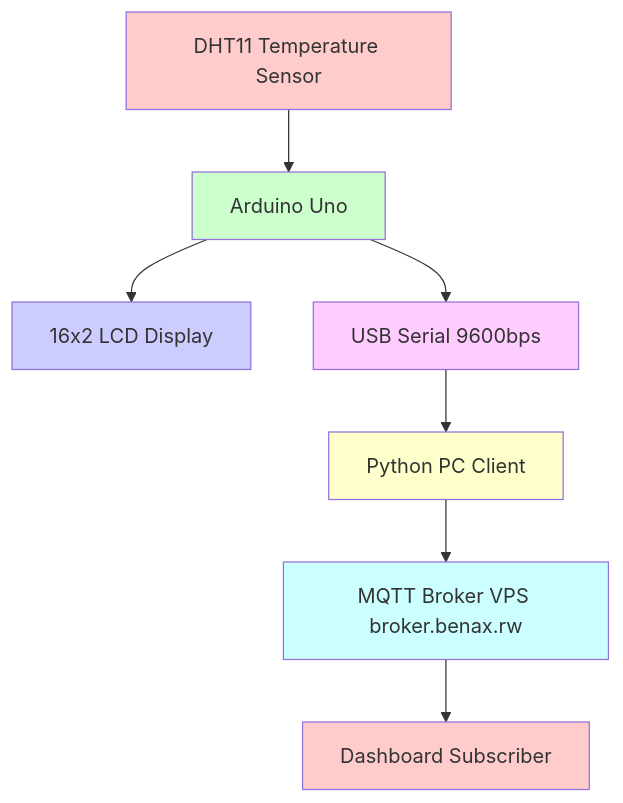
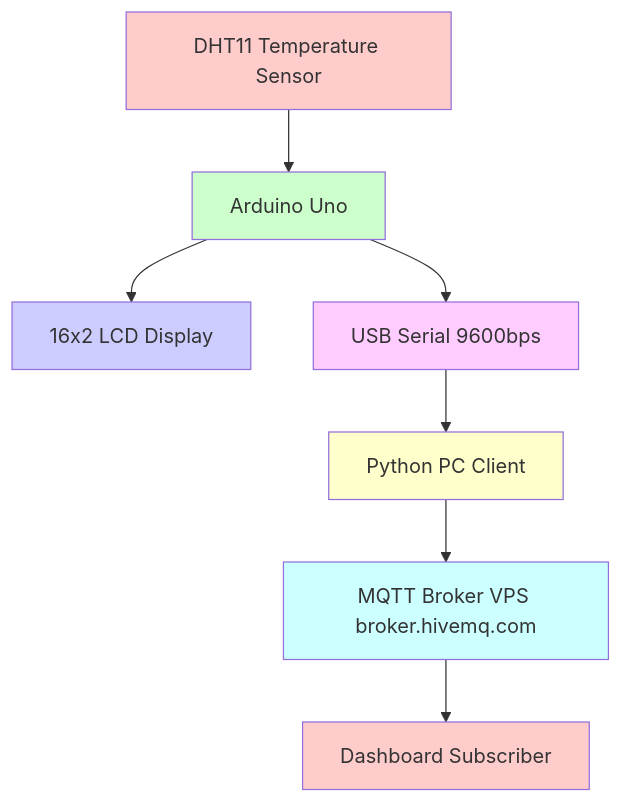
The diagram in README.md (Ki-Will/DHT-MQTT-DISPlAY), drawn with Mermaid before and after one commit. The commit also changed other lines of this file, not shown here.

Commit message:
Update README for broker.hivemq.com

````diff
--- a/README.md
+++ b/README.md
@@ -7,16 +7,16 @@
 ```mermaid
 flowchart TD
     A[DHT11 Temperature Sensor] --> B[Arduino Uno]
     B --> C[16x2 LCD Display]
     B --> D[USB Serial 9600bps]
     D --> E[Python PC Client]
-    E --> F[MQTT Broker VPS broker.benax.rw]
+    E --> F[MQTT Broker VPS broker.hivemq.com]
     F --> G[Dashboard Subscriber]
     style A fill:#ffcccc
     style B fill:#ccffcc
     style C fill:#ccccff
     style D fill:#ffccff
     style E fill:#ffffcc
     style F fill:#ccffff
     style G fill:#ffcccc
 ```
````
